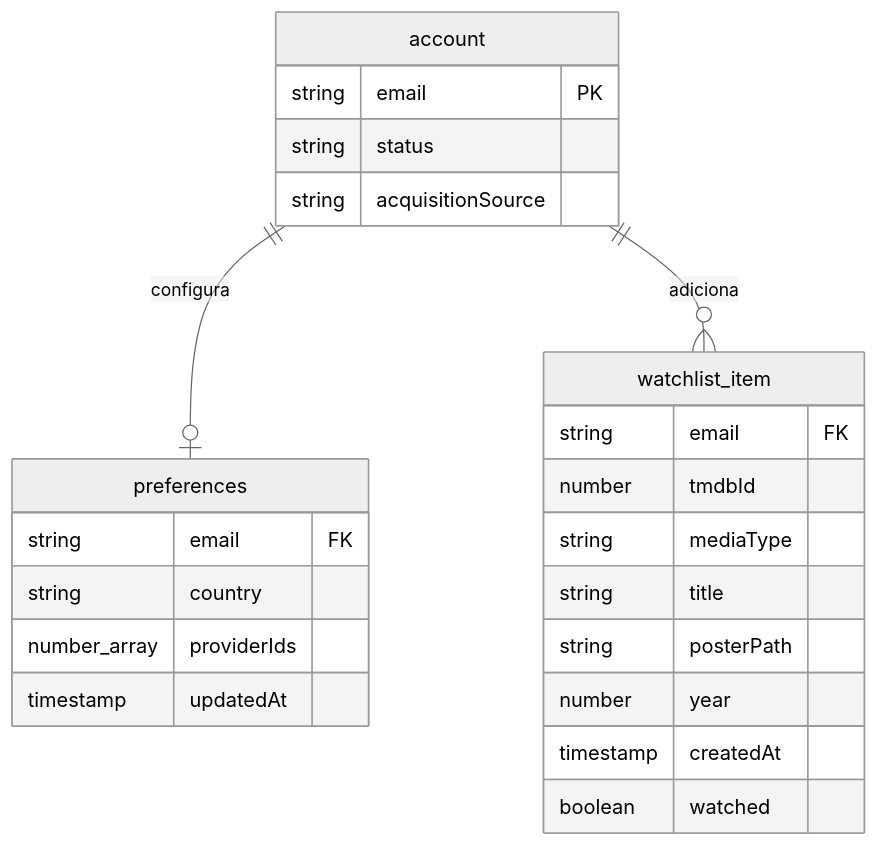
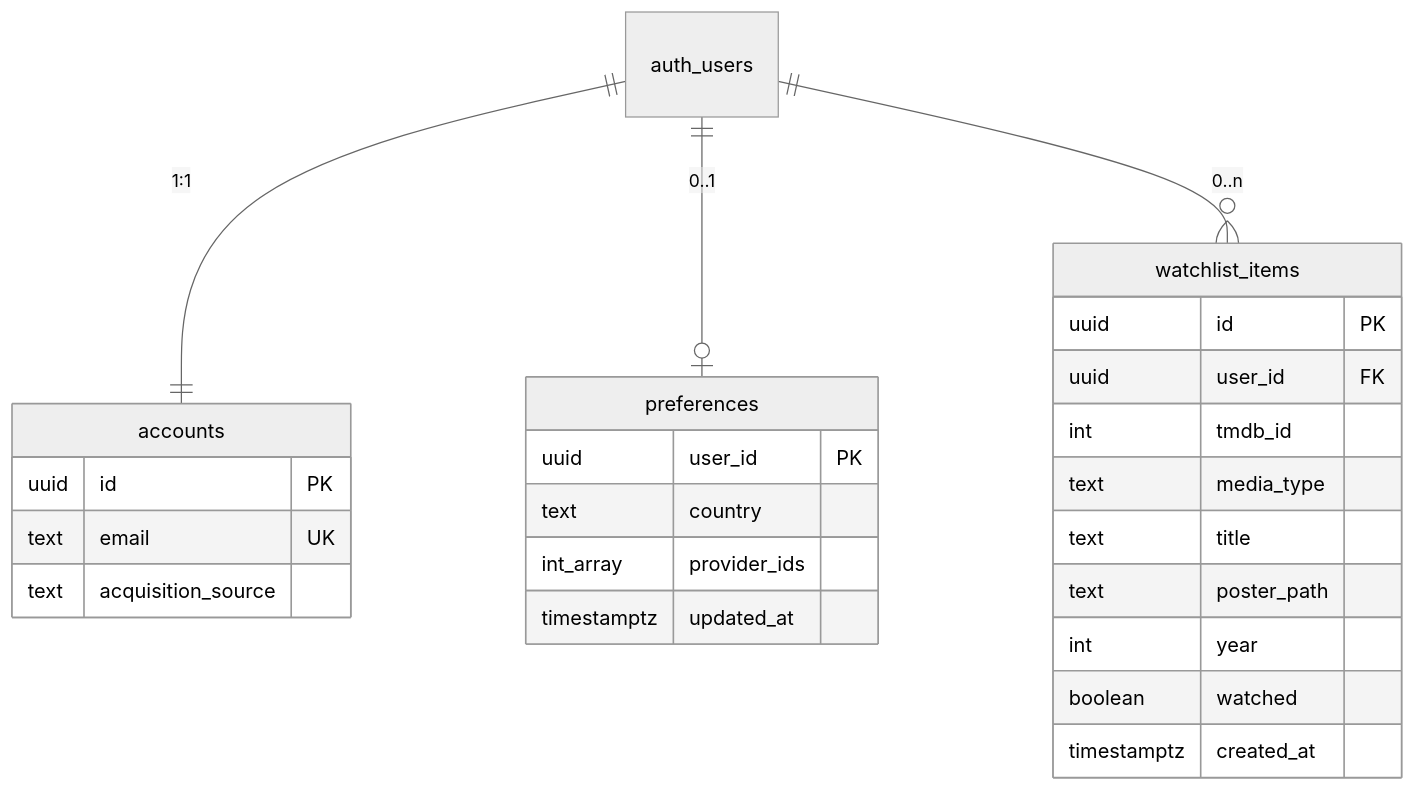
One commit to omarcosaps/watchly changed the second of 2 diagrams in docs/SSD.md. Above: the diagram before and after it, drawn with Mermaid (neutral theme). The commit also changed other lines of this file and 49 other files, not shown here.

````diff
--- a/docs/SSD.md
+++ b/docs/SSD.md
@@ -208,29 +166,31 @@
 ```mermaid
 erDiagram
-    account {
-        string email PK
-        string status
-        string acquisitionSource
+    auth_users ||--|| accounts : "1:1"
+    auth_users ||--o| preferences : "0..1"
+    auth_users ||--o{ watchlist_items : "0..n"
+
+    accounts {
+        uuid id PK
+        text email UK
+        text acquisition_source
     }
 
     preferences {
-        string email FK
-        string country
-        number_array providerIds
-        timestamp updatedAt
+        uuid user_id PK
+        text country
+        int_array provider_ids
+        timestamptz updated_at
     }
 
-    watchlist_item {
-        string email FK
-        number tmdbId
-        string mediaType
-        string title
-        string posterPath
-        number year
-        timestamp createdAt
+    watchlist_items {
+        uuid id PK
+        uuid user_id FK
+        int tmdb_id
+        text media_type
+        text title
+        text poster_path
+        int year
         boolean watched
+        timestamptz created_at
     }
-
-    account ||--o| preferences : configura
-    account ||--o{ watchlist_item : adiciona
 ```
````
